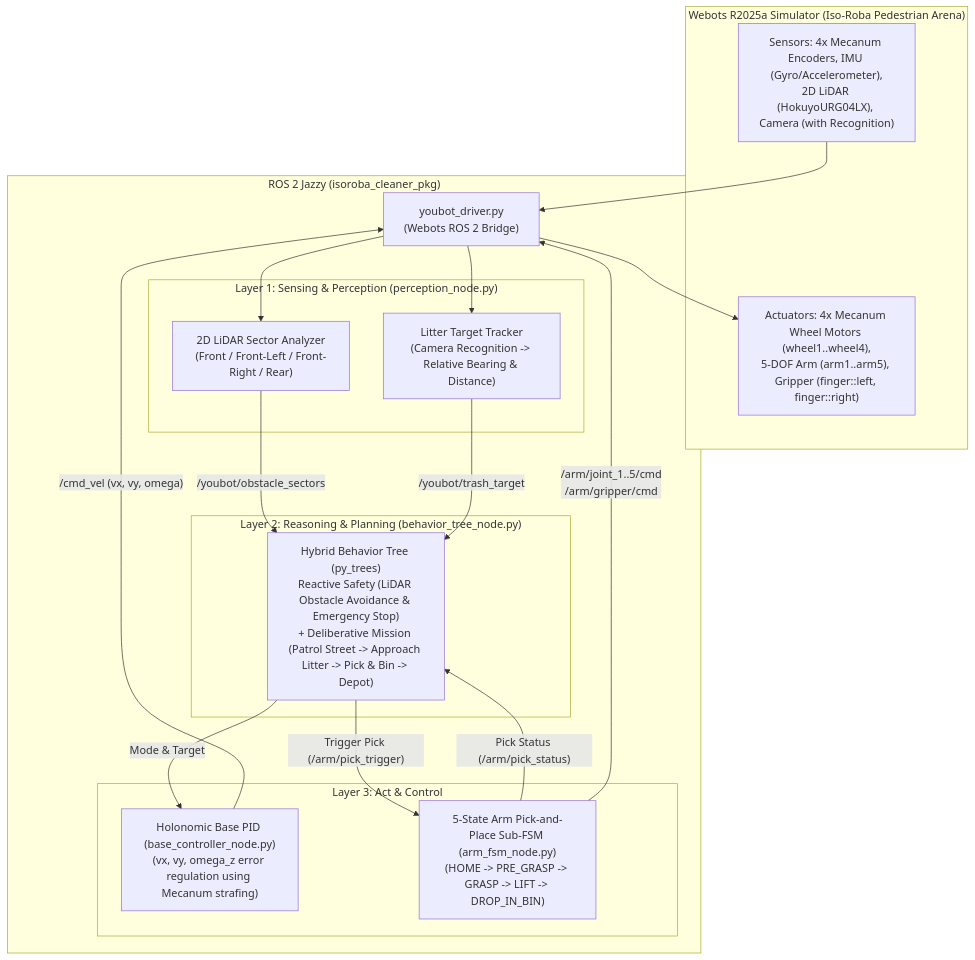
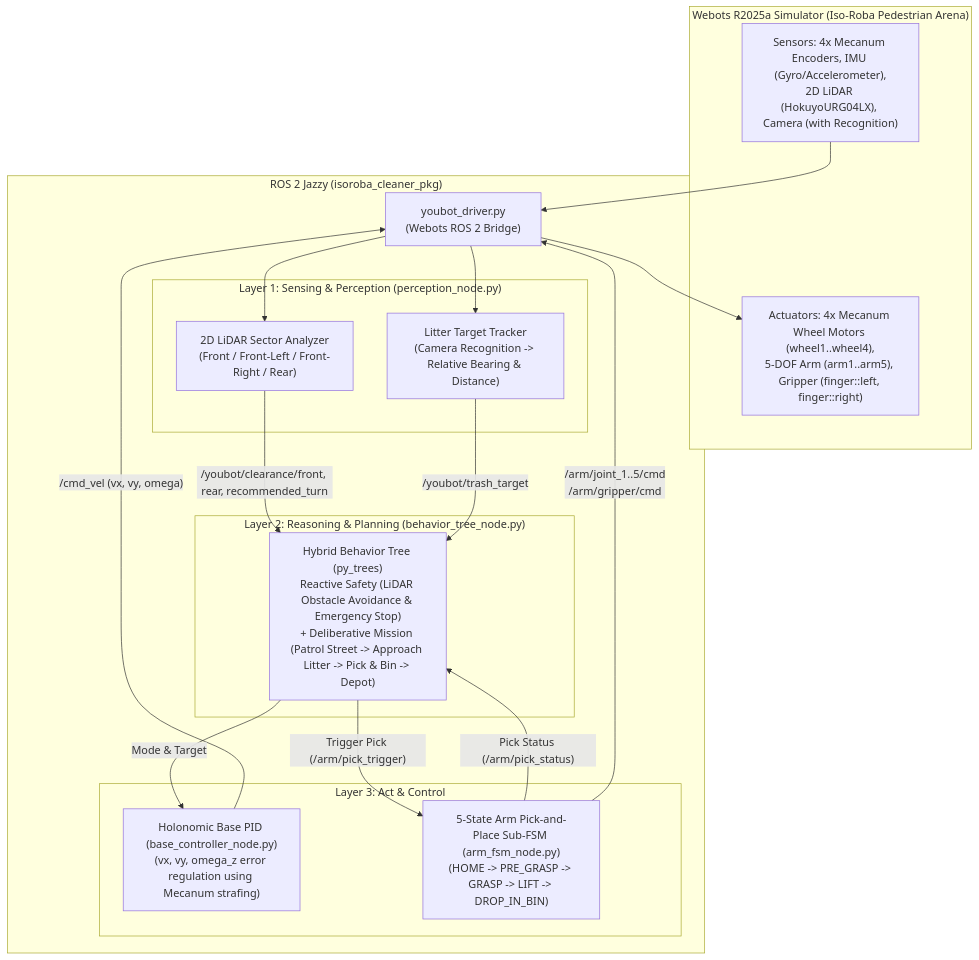
One commit to nissev/TEKS4430_Autumn-2026_project changed the diagram in docs/ARCHITECTURE.md. Above: the diagram before and after it, drawn with Mermaid. The commit also changed other lines of this file and 6 other files, not shown here.

````diff
--- a/docs/ARCHITECTURE.md
+++ b/docs/ARCHITECTURE.md
@@ -21,40 +21,40 @@
 ```mermaid
 flowchart TD
     subgraph Webots["Webots R2025a Simulator (Iso-Roba Pedestrian Arena)"]
         Sensors["Sensors: 4x Mecanum Encoders, IMU (Gyro/Accelerometer),\n2D LiDAR (HokuyoURG04LX), Camera (with Recognition)"]
         Actuators["Actuators: 4x Mecanum Wheel Motors (wheel1..wheel4),\n5-DOF Arm (arm1..arm5), Gripper (finger::left, finger::right)"]
     end
 
     subgraph ROS2["ROS 2 Jazzy (isoroba_cleaner_pkg)"]
         Driver["youbot_driver.py\n(Webots ROS 2 Bridge)"]
 
         subgraph Layer1["Layer 1: Sensing & Perception (perception_node.py)"]
             LidarProc["2D LiDAR Sector Analyzer\n(Front / Front-Left / Front-Right / Rear)"]
             CamRec["Litter Target Tracker\n(Camera Recognition -> Relative Bearing & Distance)"]
         end
 
         subgraph Layer2["Layer 2: Reasoning & Planning (behavior_tree_node.py)"]
             BT["Hybrid Behavior Tree (py_trees)\nReactive Safety (LiDAR Obstacle Avoidance & Emergency Stop)\n+ Deliberative Mission (Patrol Street -> Approach Litter -> Pick & Bin -> Depot)"]
         end
 
         subgraph Layer3["Layer 3: Act & Control"]
             BasePID["Holonomic Base PID (base_controller_node.py)\n(vx, vy, omega_z error regulation using Mecanum strafing)"]
             ArmFSM["5-State Arm Pick-and-Place Sub-FSM (arm_fsm_node.py)\n(HOME -> PRE_GRASP -> GRASP -> LIFT -> DROP_IN_BIN)"]
         end
     end
 
     Sensors --> Driver
     Driver --> LidarProc
     Driver --> CamRec
 
-    LidarProc -->|"/youbot/obstacle_sectors"| BT
+    LidarProc -->|"/youbot/clearance/front, rear, recommended_turn"| BT
     CamRec -->|"/youbot/trash_target"| BT
 
     BT -->|"Mode & Target"| BasePID
     BT -->|"Trigger Pick (/arm/pick_trigger)"| ArmFSM
     ArmFSM -->|"Pick Status (/arm/pick_status)"| BT
 
     BasePID -->|"/cmd_vel (vx, vy, omega)"| Driver
     ArmFSM -->|"/arm/joint_1..5/cmd\n/arm/gripper/cmd"| Driver
     Driver --> Actuators
 ```
````
